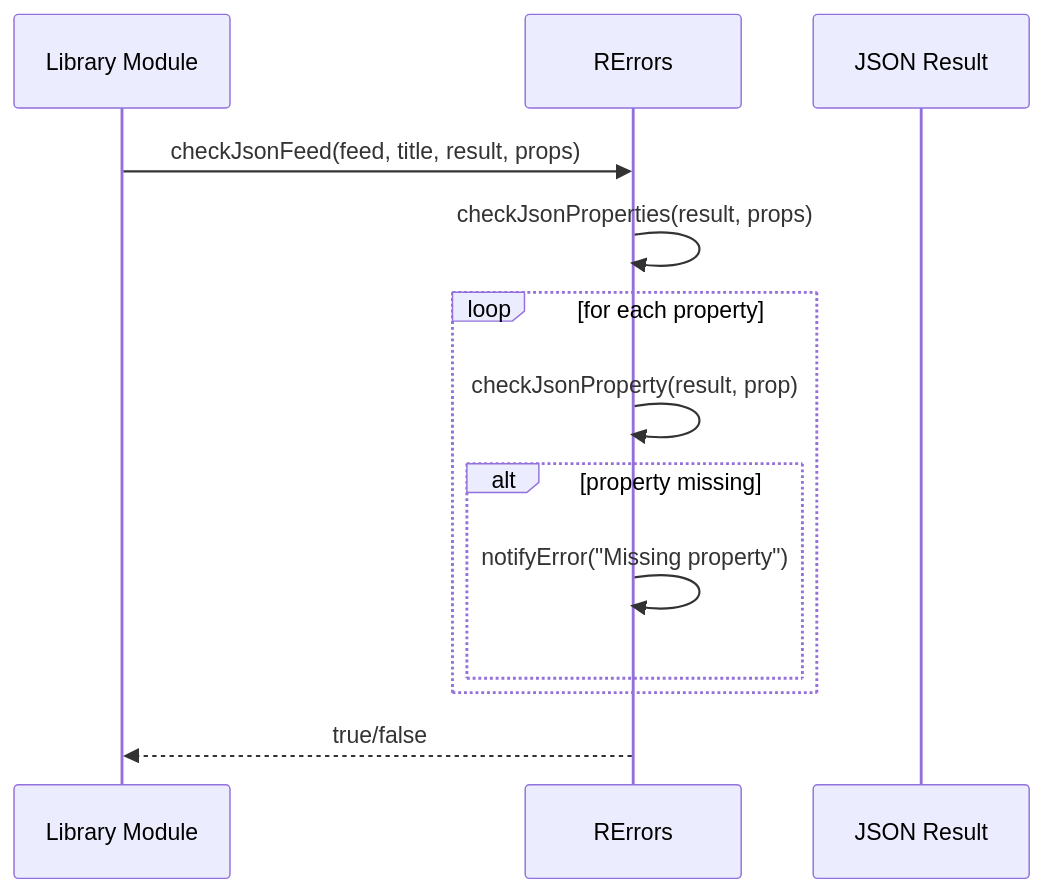
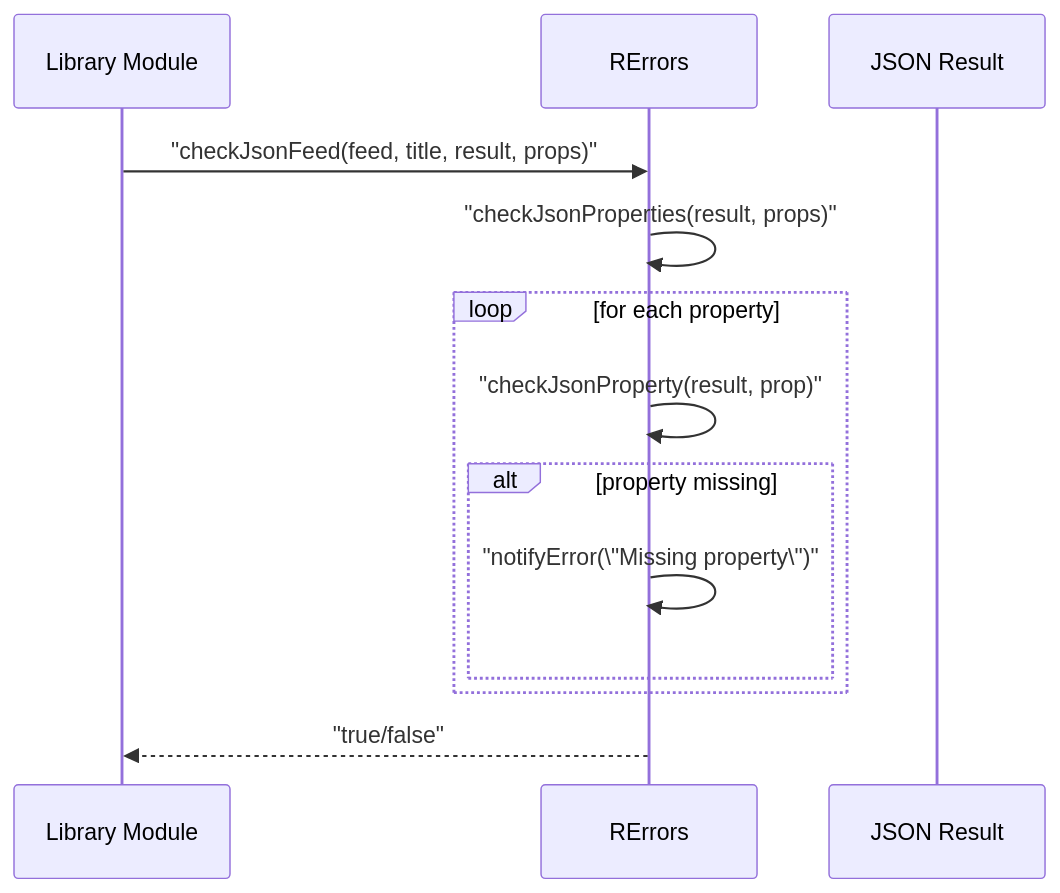
Before and after one commit to pauljrhodes/ramblers-library: the third of 3 diagrams in errors/HLD.md, drawn with Mermaid. The commit also changed other lines of this file and 33 other files, not shown here.

Commit message:
Normalize Mermaid diagrams for GitHub rendering

````diff
--- a/errors/HLD.md
+++ b/errors/HLD.md
@@ -123,16 +123,16 @@
 ```mermaid
 sequenceDiagram
     participant Module as Library Module
     participant RErrors as RErrors
     participant Result as JSON Result
 
-    Module->>RErrors: checkJsonFeed(feed, title, result, props)
-    RErrors->>RErrors: checkJsonProperties(result, props)
+    Module->>RErrors: "checkJsonFeed(feed, title, result, props)"
+    RErrors->>RErrors: "checkJsonProperties(result, props)"
     loop for each property
-        RErrors->>RErrors: checkJsonProperty(result, prop)
+        RErrors->>RErrors: "checkJsonProperty(result, prop)"
         alt property missing
-            RErrors->>RErrors: notifyError("Missing property")
+            RErrors->>RErrors: "notifyError(\"Missing property\")"
         end
     end
-    RErrors-->>Module: true/false
+    RErrors-->>Module: "true/false"
 ```
````
